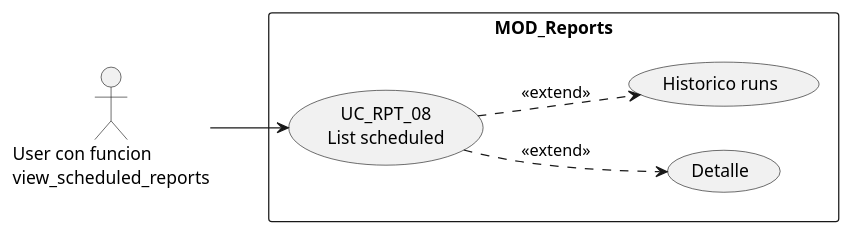
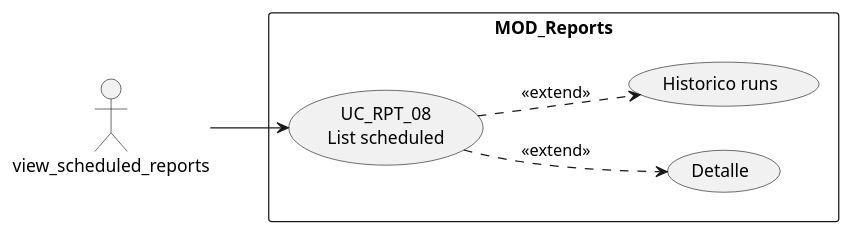
One commit to jcg-admin/IACT-docs changed the first of 4 diagrams in source/requisitos/casos-uso/reports/uc-rpt-08/diagramas-uml.rst. Above: the diagram before and after it, drawn with PlantUML. The commit also changed 77 other files, not shown here.

First line of the commit message:
Enforce RBAC function names as actors in all UML diagrams

```diff
--- a/source/requisitos/casos-uso/reports/uc-rpt-08/diagramas-uml.rst
+++ b/source/requisitos/casos-uso/reports/uc-rpt-08/diagramas-uml.rst
@@ -10,17 +10,17 @@
 .. uml::
  :caption: UC_RPT_08 — listar programados
 
  @startuml
  left to right direction
- actor "User con funcion\nview_scheduled_reports" as USR
+ actor "view_scheduled_reports" as USR
 
  rectangle "MOD_Reports" {
    usecase "UC_RPT_08\nList scheduled" as UC08
    usecase "Detalle" as DET
    usecase "Historico runs" as RUNS
  }
 
  USR --> UC08
  UC08 ..> DET : <<extend>>
  UC08 ..> RUNS : <<extend>>
  @enduml
```
